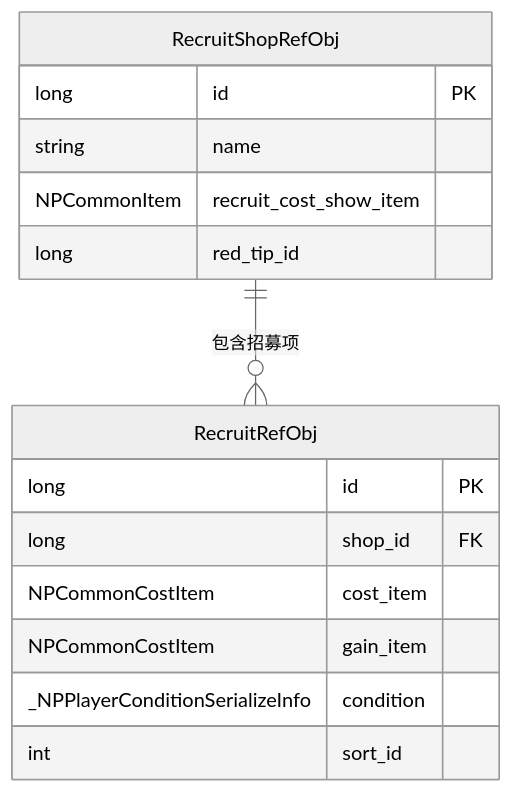
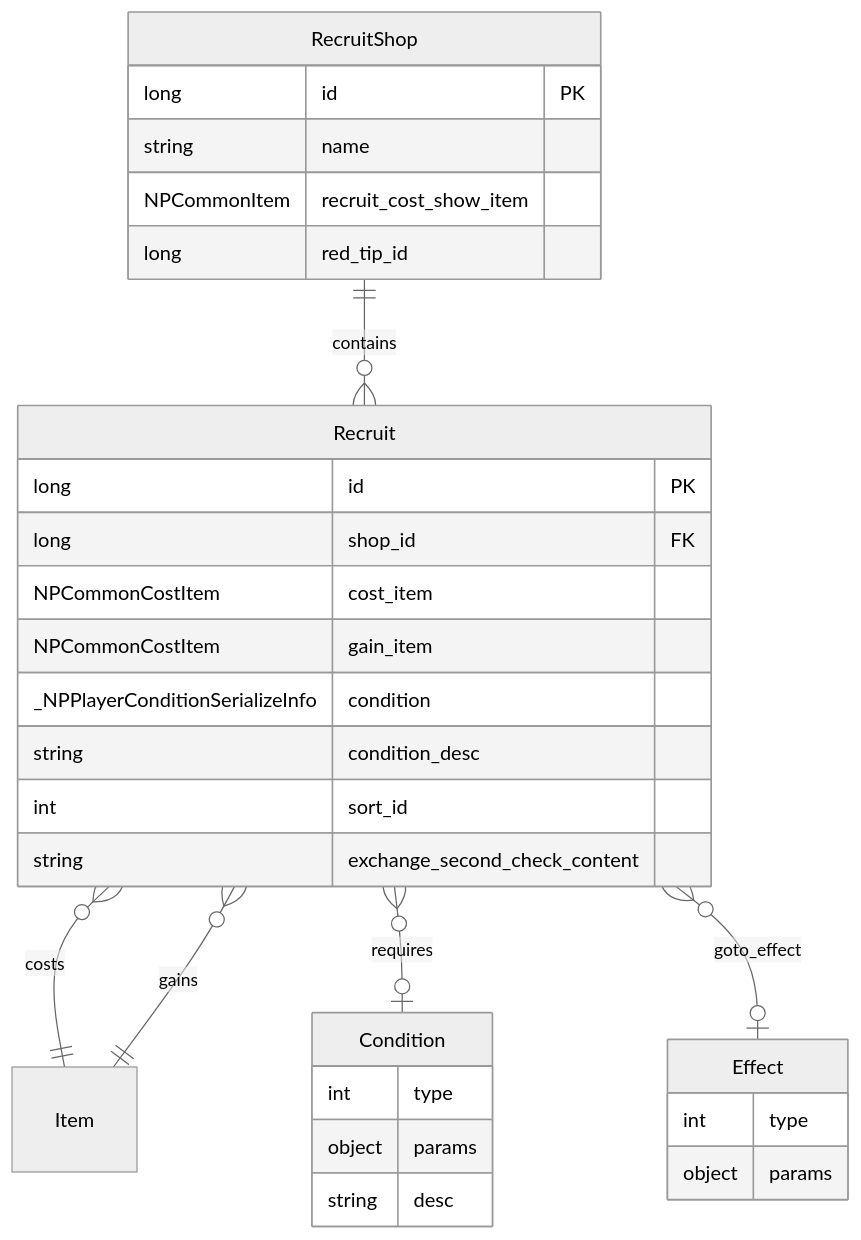
One commit to Alan-Ben/k2c_game_framework changed the second of 10 diagrams in docs/Module_Recruit/01_数据配表.md. Above: the diagram before and after it, drawn with Mermaid (neutral theme). The commit also changed other lines of this file and 13 other files, not shown here.

````diff
--- a/docs/Module_Recruit/01_数据配表.md
+++ b/docs/Module_Recruit/01_数据配表.md
@@ -65,20 +48,37 @@
 ```mermaid
 erDiagram
-    RecruitShopRefObj ||--o{ RecruitRefObj : "包含招募项"
+    RecruitShop ||--o{ Recruit : contains
+    Recruit }o--|| Item : costs
+    Recruit }o--|| Item : gains
+    Recruit }o--o| Condition : requires
+    Recruit }o--o| Effect : goto_effect
 
-    RecruitShopRefObj {
+    RecruitShop {
         long id PK
         string name
         NPCommonItem recruit_cost_show_item
         long red_tip_id
     }
 
-    RecruitRefObj {
+    Recruit {
         long id PK
         long shop_id FK
         NPCommonCostItem cost_item
         NPCommonCostItem gain_item
         _NPPlayerConditionSerializeInfo condition
+        string condition_desc
         int sort_id
+        string exchange_second_check_content
+    }
+
+    Condition {
+        int type
+        object params
+        string desc
+    }
+
+    Effect {
+        int type
+        object params
     }
 ```
````
